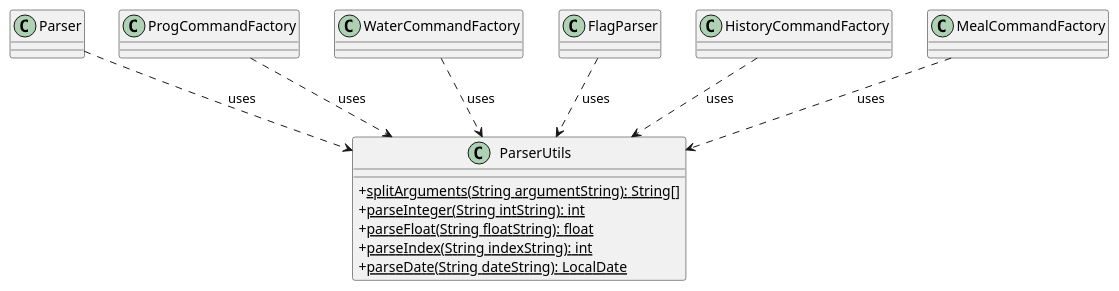
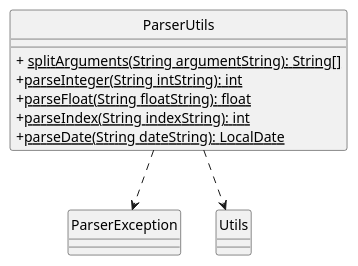
The diagram in docs/diagrams/parserUtilsComponent.puml (nus-cs2113-AY2425S1/tp), drawn with PlantUML before and after one commit. The commit also changed 30 other files, not shown here.

```diff
--- a/docs/diagrams/parserUtilsComponent.puml
+++ b/docs/diagrams/parserUtilsComponent.puml
@@ -1,19 +1,16 @@
 @startuml
 skinparam classAttributeIconSize 0
+hide circle
 
 class ParserUtils {
-  + <u>splitArguments(String argumentString): String[]
+  + <u> splitArguments(String argumentString): String[]
   + <u>parseInteger(String intString): int
   + <u>parseFloat(String floatString): float
   + <u>parseIndex(String indexString): int
   + <u>parseDate(String dateString): LocalDate
 }
 
-Parser ..> ParserUtils : uses
-ProgCommandFactory ..> ParserUtils : uses
-WaterCommandFactory  ..>  ParserUtils : uses
-FlagParser ..>  ParserUtils : uses
-HistoryCommandFactory ..>  ParserUtils : uses
-MealCommandFactory ..> ParserUtils : uses
+ParserUtils ..> ParserException
+ParserUtils ..> Utils
 
 @enduml
```
